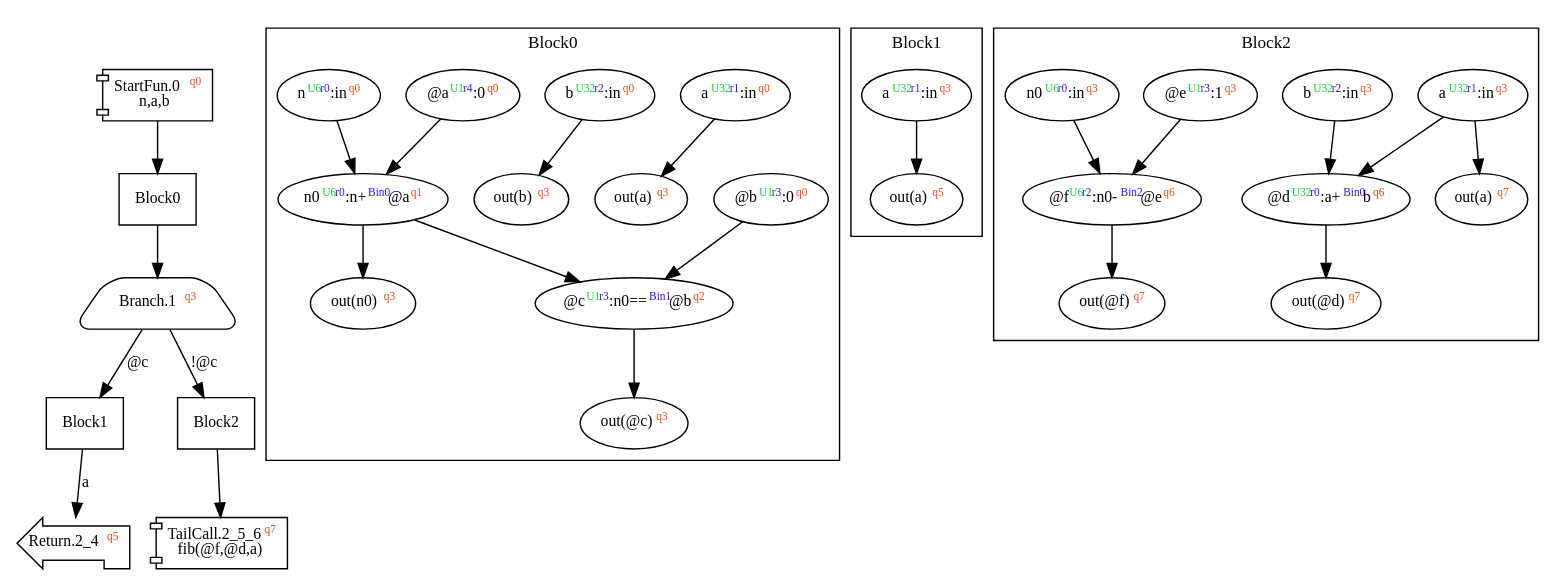
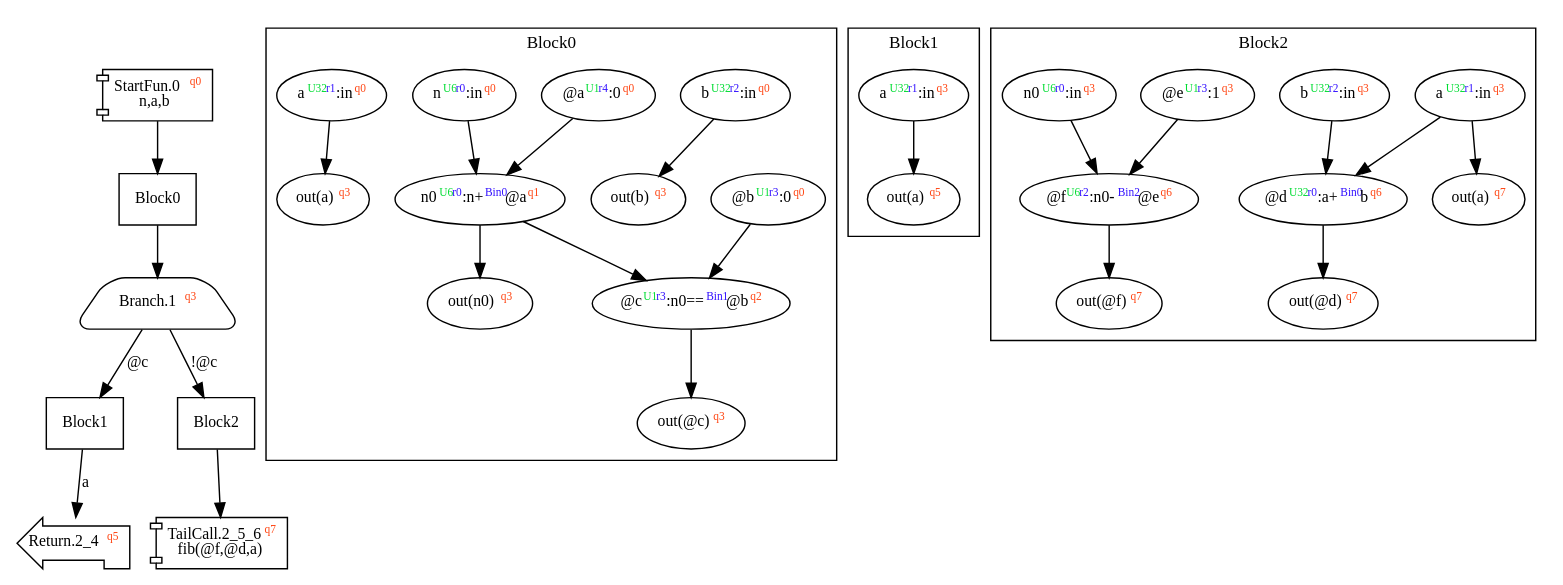
The diagram in dist/fib.dot (akouryy/SyntheScala), drawn with Graphviz before and after one commit. The commit also changed 16 other files, not shown here.

```diff
--- a/dist/fib.dot
+++ b/dist/fib.dot
@@ -1,46 +1,46 @@
 digraph Program_ {
 graph [fontname = "Monaco", fontsize = 12, ranksep = 0.5];
 node [shape = box, fontname = "Monaco", fontsize = 11; colorscheme = pastel19];
 edge [fontname = "Monaco", fontsize = 11; colorscheme = pastel19];
 Jump0[label = <StartFun.0<font color="#ff4411" point-size="8"><sup>q0</sup></font><br/>n,a,b>; shape = component];
 Jump0 -> Block0;
 Jump1[
   label = <Branch.1<font color="#ff4411" point-size="8"><sup>q3</sup></font>>;
   shape = trapezium; style = rounded;
 ];
 Block0 -> Jump1;
 Jump1 -> Block1 [label="@c"];
 Jump1 -> Block2 [label="!@c"];
 Jump2_4[label = <Return.2_4<font color="#ff4411" point-size="8"><sup>q5</sup></font>>; shape = lpromoter];
 Block1 -> Jump2_4 [label="a"];
 Jump2_5_6[label = <TailCall.2_5_6<font color="#ff4411" point-size="8"><sup>q7</sup></font><br/>fib(@f,@d,a)>; shape = component];
 Block2 -> Jump2_5_6;
 Block0 [label = "Block0"];
 Block1 [label = "Block1"];
 Block2 [label = "Block2"];
 subgraph cluster_dfg_Block0{
 node [shape = oval];
 label = "Block0";
-ndBlock0_0 [label=<@c<font color="#00dd33" point-size="8"><sup>U1</sup></font><font color="#3311ff" point-size="8"><sup>r3</sup></font>:n0==<font color="#3311ff" point-size="8"><sup>Bin1</sup></font>@b<font color="#ff4411" point-size="8"><sup>q2</sup></font>>];ndBlock0_1 [label=<out(b)<font color="#ff4411" point-size="8"><sup>q3</sup></font>>];ndBlock0_2 [label=<out(n0)<font color="#ff4411" point-size="8"><sup>q3</sup></font>>];ndBlock0_3 [label=<@b<font color="#00dd33" point-size="8"><sup>U1</sup></font><font color="#3311ff" point-size="8"><sup>r3</sup></font>:0<font color="#ff4411" point-size="8"><sup>q0</sup></font>>];ndBlock0_4 [label=<a<font color="#00dd33" point-size="8"><sup>U32</sup></font><font color="#3311ff" point-size="8"><sup>r1</sup></font>:in<font color="#ff4411" point-size="8"><sup>q0</sup></font>>];ndBlock0_5 [label=<b<font color="#00dd33" point-size="8"><sup>U32</sup></font><font color="#3311ff" point-size="8"><sup>r2</sup></font>:in<font color="#ff4411" point-size="8"><sup>q0</sup></font>>];ndBlock0_6 [label=<out(a)<font color="#ff4411" point-size="8"><sup>q3</sup></font>>];ndBlock0_7 [label=<@a<font color="#00dd33" point-size="8"><sup>U1</sup></font><font color="#3311ff" point-size="8"><sup>r4</sup></font>:0<font color="#ff4411" point-size="8"><sup>q0</sup></font>>];ndBlock0_8 [label=<n<font color="#00dd33" point-size="8"><sup>U6</sup></font><font color="#3311ff" point-size="8"><sup>r0</sup></font>:in<font color="#ff4411" point-size="8"><sup>q0</sup></font>>];ndBlock0_9 [label=<n0<font color="#00dd33" point-size="8"><sup>U6</sup></font><font color="#3311ff" point-size="8"><sup>r0</sup></font>:n+<font color="#3311ff" point-size="8"><sup>Bin0</sup></font>@a<font color="#ff4411" point-size="8"><sup>q1</sup></font>>];ndBlock0_10 [label=<out(@c)<font color="#ff4411" point-size="8"><sup>q3</sup></font>>];ndBlock0_4 -> ndBlock0_6;
-ndBlock0_3 -> ndBlock0_0;
-ndBlock0_9 -> ndBlock0_0;
+ndBlock0_0 [label=<n0<font color="#00dd33" point-size="8"><sup>U6</sup></font><font color="#3311ff" point-size="8"><sup>r0</sup></font>:n+<font color="#3311ff" point-size="8"><sup>Bin0</sup></font>@a<font color="#ff4411" point-size="8"><sup>q1</sup></font>>];ndBlock0_1 [label=<out(b)<font color="#ff4411" point-size="8"><sup>q3</sup></font>>];ndBlock0_2 [label=<out(n0)<font color="#ff4411" point-size="8"><sup>q3</sup></font>>];ndBlock0_3 [label=<@b<font color="#00dd33" point-size="8"><sup>U1</sup></font><font color="#3311ff" point-size="8"><sup>r3</sup></font>:0<font color="#ff4411" point-size="8"><sup>q0</sup></font>>];ndBlock0_4 [label=<out(@c)<font color="#ff4411" point-size="8"><sup>q3</sup></font>>];ndBlock0_5 [label=<b<font color="#00dd33" point-size="8"><sup>U32</sup></font><font color="#3311ff" point-size="8"><sup>r2</sup></font>:in<font color="#ff4411" point-size="8"><sup>q0</sup></font>>];ndBlock0_6 [label=<out(a)<font color="#ff4411" point-size="8"><sup>q3</sup></font>>];ndBlock0_7 [label=<@a<font color="#00dd33" point-size="8"><sup>U1</sup></font><font color="#3311ff" point-size="8"><sup>r4</sup></font>:0<font color="#ff4411" point-size="8"><sup>q0</sup></font>>];ndBlock0_8 [label=<n<font color="#00dd33" point-size="8"><sup>U6</sup></font><font color="#3311ff" point-size="8"><sup>r0</sup></font>:in<font color="#ff4411" point-size="8"><sup>q0</sup></font>>];ndBlock0_9 [label=<a<font color="#00dd33" point-size="8"><sup>U32</sup></font><font color="#3311ff" point-size="8"><sup>r1</sup></font>:in<font color="#ff4411" point-size="8"><sup>q0</sup></font>>];ndBlock0_10 [label=<@c<font color="#00dd33" point-size="8"><sup>U1</sup></font><font color="#3311ff" point-size="8"><sup>r3</sup></font>:n0==<font color="#3311ff" point-size="8"><sup>Bin1</sup></font>@b<font color="#ff4411" point-size="8"><sup>q2</sup></font>>];ndBlock0_9 -> ndBlock0_6;
+ndBlock0_10 -> ndBlock0_4;
 ndBlock0_0 -> ndBlock0_10;
-ndBlock0_7 -> ndBlock0_9;
-ndBlock0_8 -> ndBlock0_9;
+ndBlock0_3 -> ndBlock0_10;
+ndBlock0_0 -> ndBlock0_2;
+ndBlock0_7 -> ndBlock0_0;
+ndBlock0_8 -> ndBlock0_0;
 ndBlock0_5 -> ndBlock0_1;
-ndBlock0_9 -> ndBlock0_2;
 }subgraph cluster_dfg_Block1{
 node [shape = oval];
 label = "Block1";
 ndBlock1_0 [label=<a<font color="#00dd33" point-size="8"><sup>U32</sup></font><font color="#3311ff" point-size="8"><sup>r1</sup></font>:in<font color="#ff4411" point-size="8"><sup>q3</sup></font>>];ndBlock1_1 [label=<out(a)<font color="#ff4411" point-size="8"><sup>q5</sup></font>>];ndBlock1_0 -> ndBlock1_1;
 }subgraph cluster_dfg_Block2{
 node [shape = oval];
 label = "Block2";
 ndBlock2_0 [label=<@e<font color="#00dd33" point-size="8"><sup>U1</sup></font><font color="#3311ff" point-size="8"><sup>r3</sup></font>:1<font color="#ff4411" point-size="8"><sup>q3</sup></font>>];ndBlock2_1 [label=<@d<font color="#00dd33" point-size="8"><sup>U32</sup></font><font color="#3311ff" point-size="8"><sup>r0</sup></font>:a+<font color="#3311ff" point-size="8"><sup>Bin0</sup></font>b<font color="#ff4411" point-size="8"><sup>q6</sup></font>>];ndBlock2_2 [label=<out(@d)<font color="#ff4411" point-size="8"><sup>q7</sup></font>>];ndBlock2_3 [label=<@f<font color="#00dd33" point-size="8"><sup>U6</sup></font><font color="#3311ff" point-size="8"><sup>r2</sup></font>:n0-<font color="#3311ff" point-size="8"><sup>Bin2</sup></font>@e<font color="#ff4411" point-size="8"><sup>q6</sup></font>>];ndBlock2_4 [label=<a<font color="#00dd33" point-size="8"><sup>U32</sup></font><font color="#3311ff" point-size="8"><sup>r1</sup></font>:in<font color="#ff4411" point-size="8"><sup>q3</sup></font>>];ndBlock2_5 [label=<out(a)<font color="#ff4411" point-size="8"><sup>q7</sup></font>>];ndBlock2_6 [label=<out(@f)<font color="#ff4411" point-size="8"><sup>q7</sup></font>>];ndBlock2_7 [label=<b<font color="#00dd33" point-size="8"><sup>U32</sup></font><font color="#3311ff" point-size="8"><sup>r2</sup></font>:in<font color="#ff4411" point-size="8"><sup>q3</sup></font>>];ndBlock2_8 [label=<n0<font color="#00dd33" point-size="8"><sup>U6</sup></font><font color="#3311ff" point-size="8"><sup>r0</sup></font>:in<font color="#ff4411" point-size="8"><sup>q3</sup></font>>];ndBlock2_4 -> ndBlock2_5;
 ndBlock2_1 -> ndBlock2_2;
-ndBlock2_3 -> ndBlock2_6;
 ndBlock2_0 -> ndBlock2_3;
 ndBlock2_8 -> ndBlock2_3;
 ndBlock2_4 -> ndBlock2_1;
 ndBlock2_7 -> ndBlock2_1;
+ndBlock2_3 -> ndBlock2_6;
 }}
```
